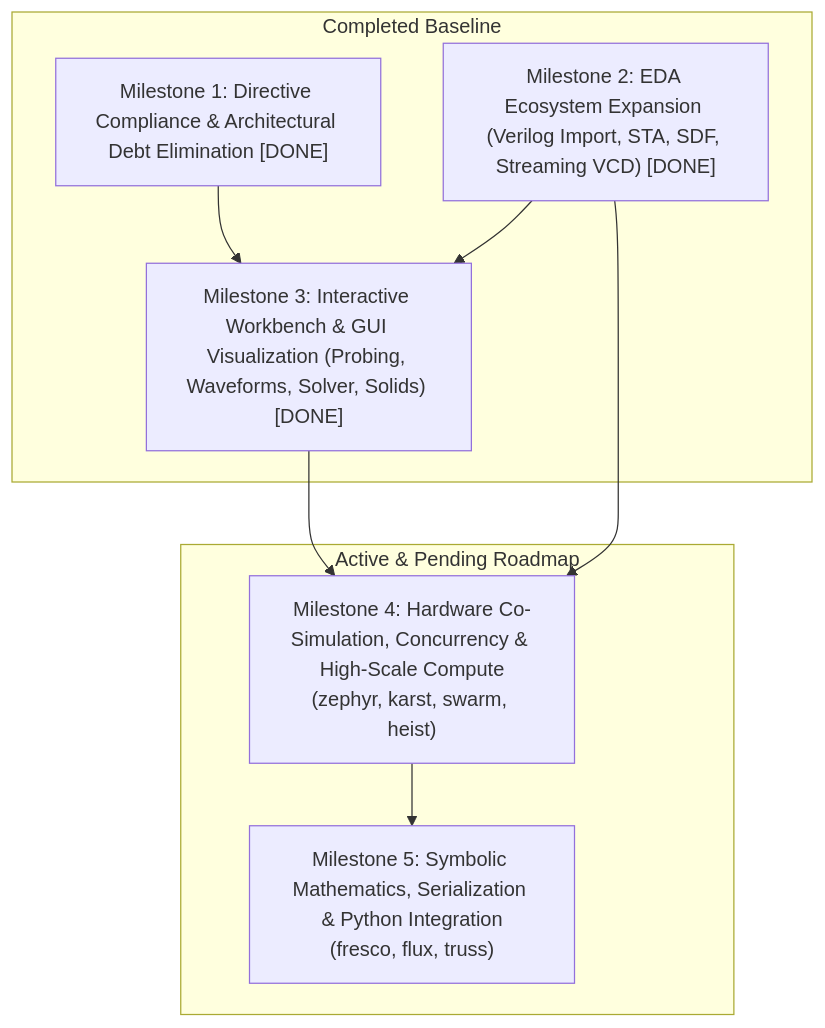
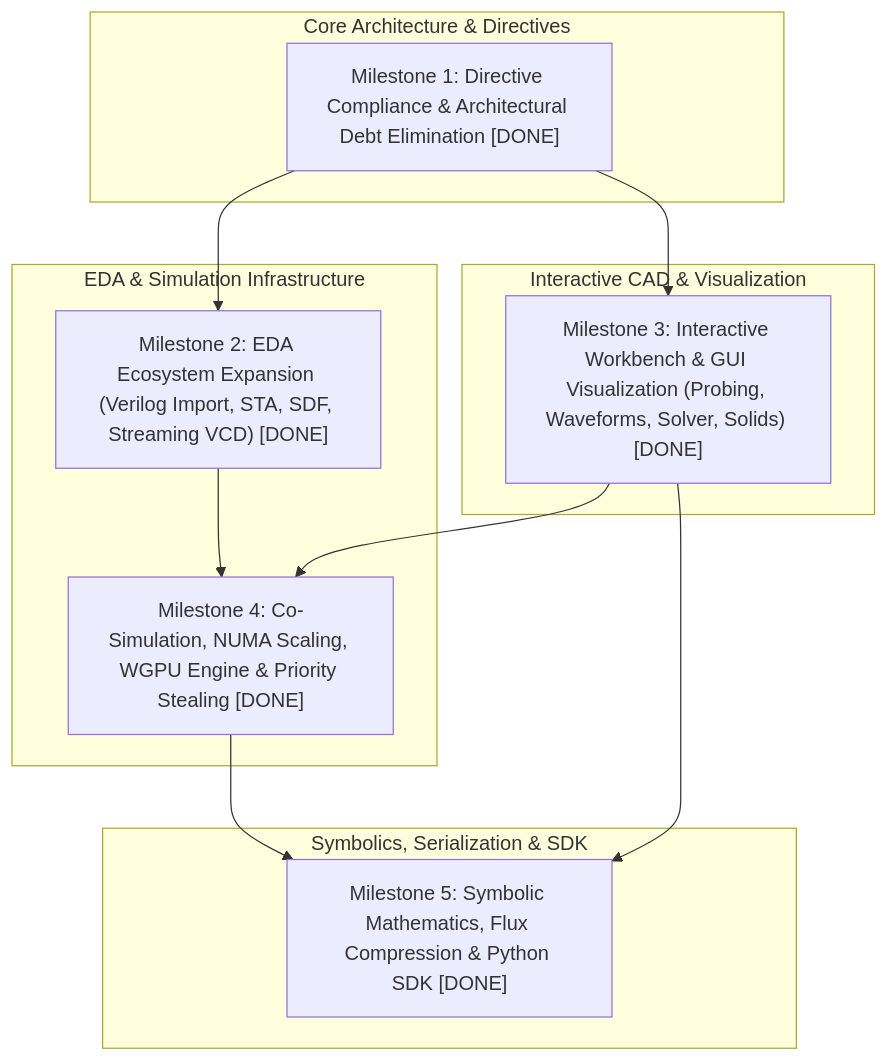
The diagram in wiki/plans/master-engineering-plan.md (jswarup/Trellis), drawn with Mermaid before and after one commit. The commit also changed other lines of this file and 33 other files, not shown here.

First line of the commit message:
feat(cosim, karst, swarm, heist, fresco, flux, python): implement Milestones 4 & 5

````diff
--- a/wiki/plans/master-engineering-plan.md
+++ b/wiki/plans/master-engineering-plan.md
@@ -42,19 +42,26 @@
 ```mermaid
 flowchart TD
-    subgraph Completed["Completed Baseline"]
+    subgraph CoreFoundations["Core Architecture & Directives"]
         M1["Milestone 1: Directive Compliance & Architectural Debt Elimination [DONE]"]
+    end
+
+    subgraph EDAInterchange["EDA & Simulation Infrastructure"]
         M2["Milestone 2: EDA Ecosystem Expansion (Verilog Import, STA, SDF, Streaming VCD) [DONE]"]
+        M4["Milestone 4: Co-Simulation, NUMA Scaling, WGPU Engine & Priority Stealing [DONE]"]
+    end
+
+    subgraph WorkbenchModeling["Interactive CAD & Visualization"]
         M3["Milestone 3: Interactive Workbench & GUI Visualization (Probing, Waveforms, Solver, Solids) [DONE]"]
     end
 
-    subgraph Active["Active & Pending Roadmap"]
-        M4["Milestone 4: Hardware Co-Simulation, Concurrency & High-Scale Compute\n(zephyr, karst, swarm, heist)"]
-        M5["Milestone 5: Symbolic Mathematics, Serialization & Python Integration\n(fresco, flux, truss)"]
+    subgraph MathematicalExtensibility["Symbolics, Serialization & SDK"]
+        M5["Milestone 5: Symbolic Mathematics, Flux Compression & Python SDK [DONE]"]
     end
 
+    M1 --> M2
     M1 --> M3
-    M2 --> M3
     M2 --> M4
     M3 --> M4
     M4 --> M5
+    M3 --> M5
 ```
````
